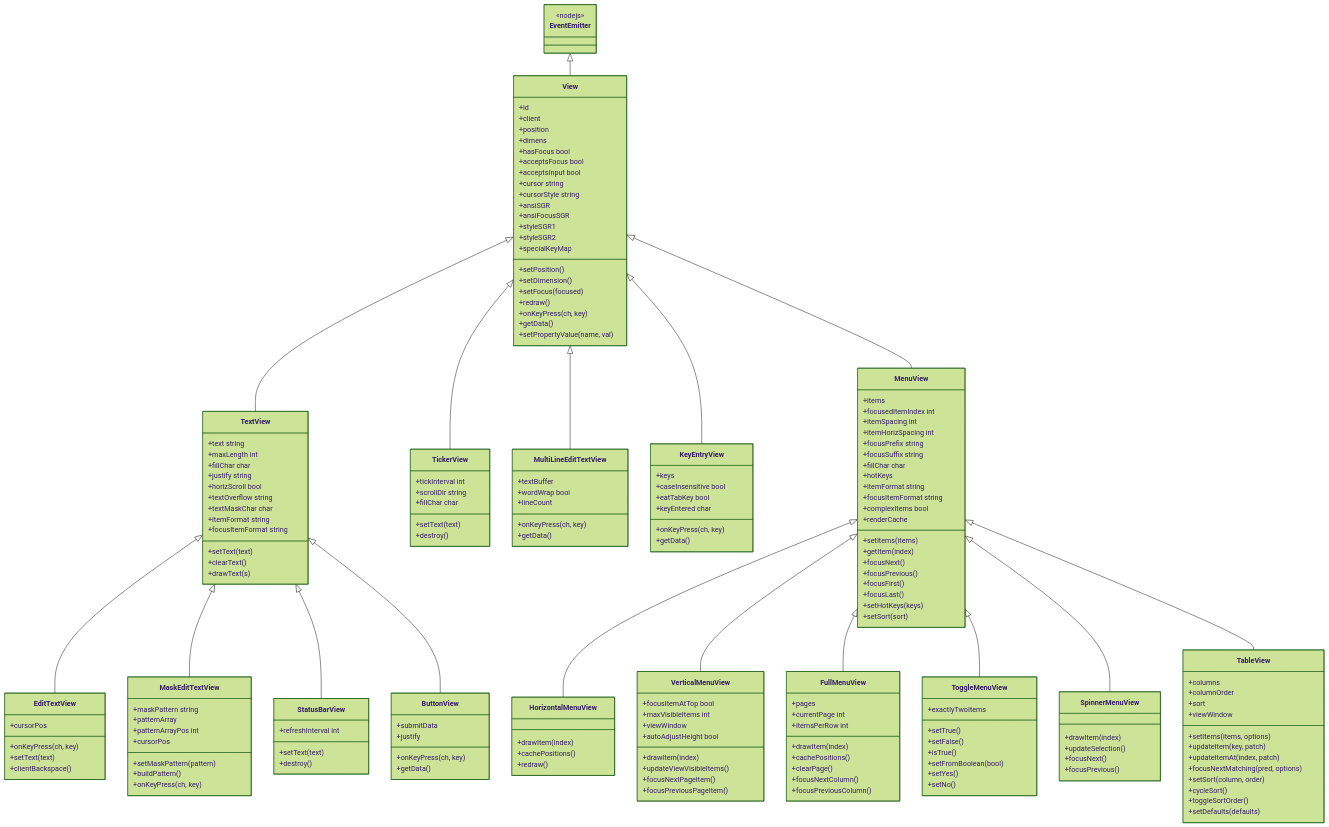
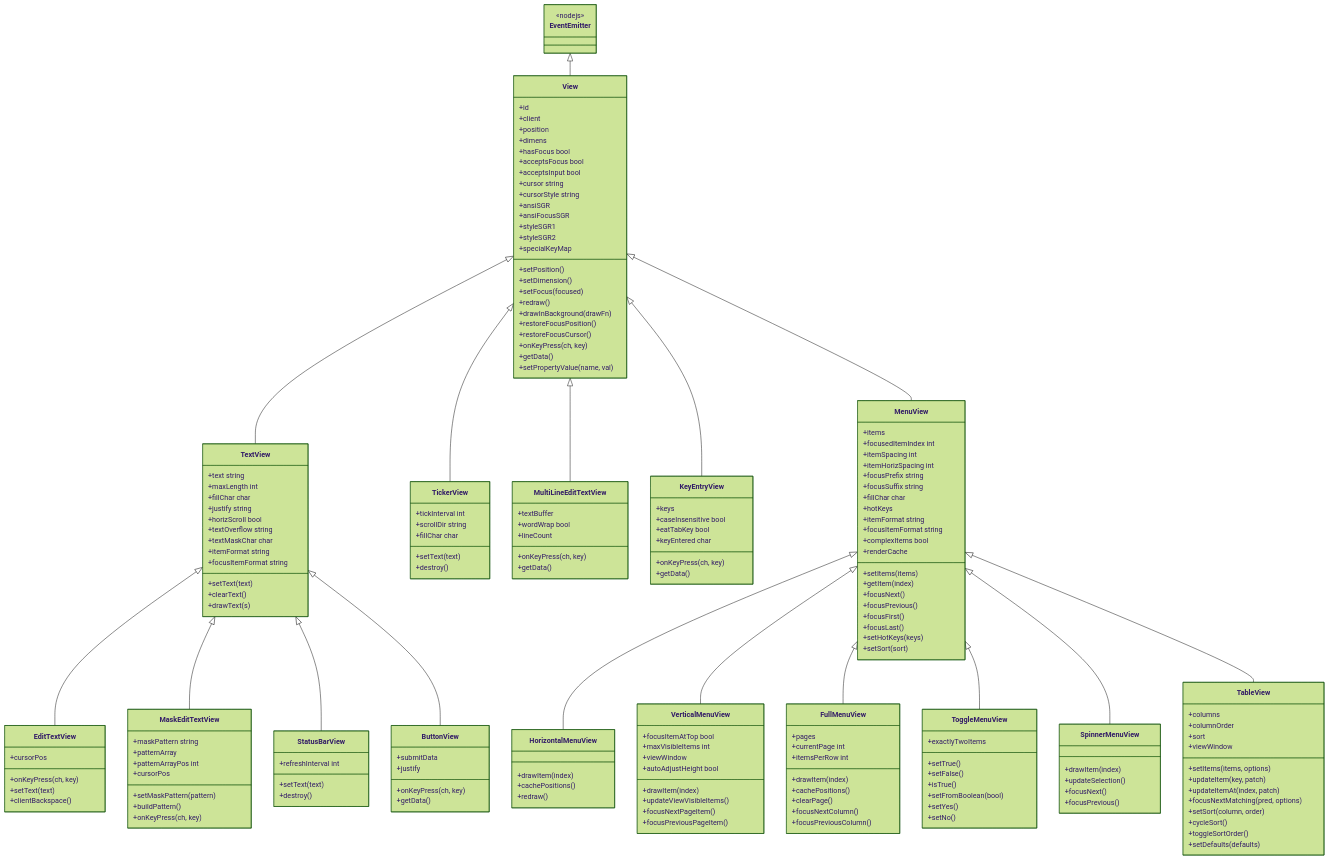
The diagram in website/src/content/docs/art/views/views.md (NuSkooler/enigma-bbs), drawn with Mermaid (forest theme) before and after one commit. The commit also changed other lines of this file and 23 other files, not shown here.

First line of the commit message:
Fix/ticker cursor restore (#1135)

```diff
--- a/website/src/content/docs/art/views/views.md
+++ b/website/src/content/docs/art/views/views.md
@@ -168,6 +168,9 @@
         +setDimension()
         +setFocus(focused)
         +redraw()
+        +drawInBackground(drawFn)
+        +restoreFocusPosition()
+        +restoreFocusCursor()
         +onKeyPress(ch, key)
         +getData()
         +setPropertyValue(name, val)
```
